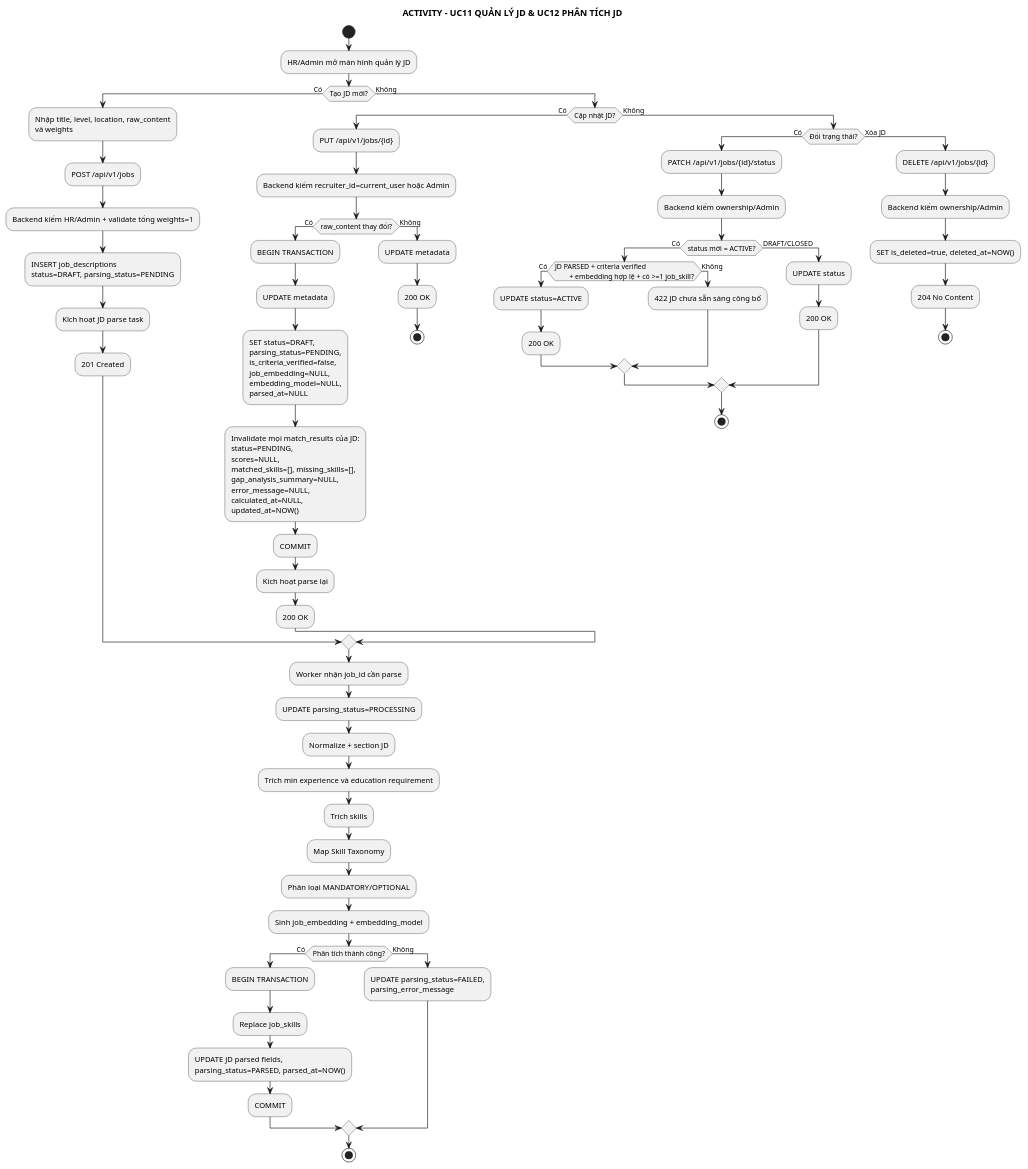
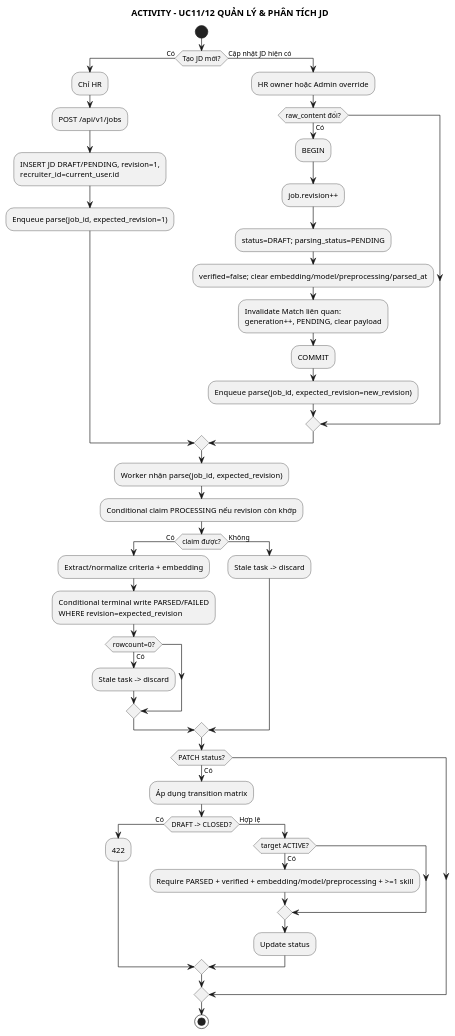
Before and after one commit to anh632k-ui/WebCVUngVienTuyenDung: the diagram in docs/03_activity/act_uc11_12_manage_parse_jd.puml, drawn with PlantUML.

Commit message:
docs(activity): protect JD parse from stale workers

```diff
--- a/docs/03_activity/act_uc11_12_manage_parse_jd.puml
+++ b/docs/03_activity/act_uc11_12_manage_parse_jd.puml
@@ -1,94 +1,52 @@
 @startuml
 skinparam monochrome true
 skinparam shadowing false
-
-title ACTIVITY - UC11 QUẢN LÝ JD & UC12 PHÂN TÍCH JD
+title ACTIVITY - UC11/12 QUẢN LÝ & PHÂN TÍCH JD
 
 start
-:HR/Admin mở màn hình quản lý JD;
-
 if (Tạo JD mới?) then (Có)
-  :Nhập title, level, location, raw_content
-  và weights;
+  :Chỉ HR;
   :POST /api/v1/jobs;
-  :Backend kiểm HR/Admin + validate tổng weights=1;
-  :INSERT job_descriptions
-  status=DRAFT, parsing_status=PENDING;
-  :Kích hoạt JD parse task;
-  :201 Created;
-else (Không)
-  if (Cập nhật JD?) then (Có)
-    :PUT /api/v1/jobs/{id};
-    :Backend kiểm recruiter_id=current_user hoặc Admin;
-    if (raw_content thay đổi?) then (Có)
-      :BEGIN TRANSACTION;
-      :UPDATE metadata;
-      :SET status=DRAFT,
-      parsing_status=PENDING,
-      is_criteria_verified=false,
-      job_embedding=NULL,
-      embedding_model=NULL,
-      parsed_at=NULL;
-      :Invalidate mọi match_results của JD:
-      status=PENDING,
-      scores=NULL,
-      matched_skills=[], missing_skills=[],
-      gap_analysis_summary=NULL,
-      error_message=NULL,
-      calculated_at=NULL,
-      updated_at=NOW();
-      :COMMIT;
-      :Kích hoạt parse lại;
-      :200 OK;
-    else (Không)
-      :UPDATE metadata;
-      :200 OK;
-      stop
-    endif
-  else (Không)
-    if (Đổi trạng thái?) then (Có)
-      :PATCH /api/v1/jobs/{id}/status;
-      :Backend kiểm ownership/Admin;
-      if (status mới = ACTIVE?) then (Có)
-        if (JD PARSED + criteria verified
-        + embedding hợp lệ + có >=1 job_skill?) then (Có)
-          :UPDATE status=ACTIVE;
-          :200 OK;
-        else (Không)
-          :422 JD chưa sẵn sàng công bố;
-        endif
-      else (DRAFT/CLOSED)
-        :UPDATE status;
-        :200 OK;
-      endif
-      stop
-    else (Xóa JD)
-      :DELETE /api/v1/jobs/{id};
-      :Backend kiểm ownership/Admin;
-      :SET is_deleted=true, deleted_at=NOW();
-      :204 No Content;
-      stop
-    endif
+  :INSERT JD DRAFT/PENDING, revision=1,
+recruiter_id=current_user.id;
+  :Enqueue parse(job_id, expected_revision=1);
+else (Cập nhật JD hiện có)
+  :HR owner hoặc Admin override;
+  if (raw_content đổi?) then (Có)
+    :BEGIN;
+    :job.revision++;
+    :status=DRAFT; parsing_status=PENDING;
+    :verified=false; clear embedding/model/preprocessing/parsed_at;
+    :Invalidate Match liên quan:
+generation++, PENDING, clear payload;
+    :COMMIT;
+    :Enqueue parse(job_id, expected_revision=new_revision);
   endif
 endif
 
-:Worker nhận job_id cần parse;
-:UPDATE parsing_status=PROCESSING;
-:Normalize + section JD;
-:Trích min experience và education requirement;
-:Trích skills;
-:Map Skill Taxonomy;
-:Phân loại MANDATORY/OPTIONAL;
-:Sinh job_embedding + embedding_model;
-if (Phân tích thành công?) then (Có)
-  :BEGIN TRANSACTION;
-  :Replace job_skills;
-  :UPDATE JD parsed fields,
-  parsing_status=PARSED, parsed_at=NOW();
-  :COMMIT;
+:Worker nhận parse(job_id, expected_revision);
+:Conditional claim PROCESSING nếu revision còn khớp;
+if (claim được?) then (Có)
+  :Extract/normalize criteria + embedding;
+  :Conditional terminal write PARSED/FAILED
+WHERE revision=expected_revision;
+  if (rowcount=0?) then (Có)
+    :Stale task -> discard;
+  endif
 else (Không)
-  :UPDATE parsing_status=FAILED,
-  parsing_error_message;
+  :Stale task -> discard;
+endif
+
+if (PATCH status?) then (Có)
+  :Áp dụng transition matrix;
+  if (DRAFT -> CLOSED?) then (Có)
+    :422;
+  else (Hợp lệ)
+    if (target ACTIVE?) then (Có)
+      :Require PARSED + verified + embedding/model/preprocessing + >=1 skill;
+    endif
+    :Update status;
+  endif
 endif
 stop
 @enduml
```
